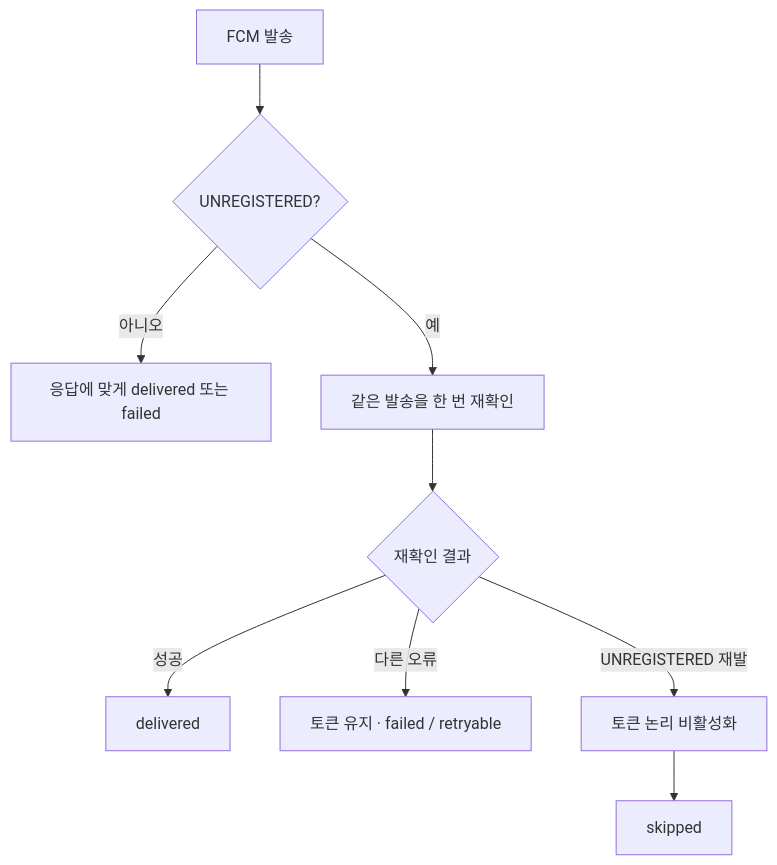
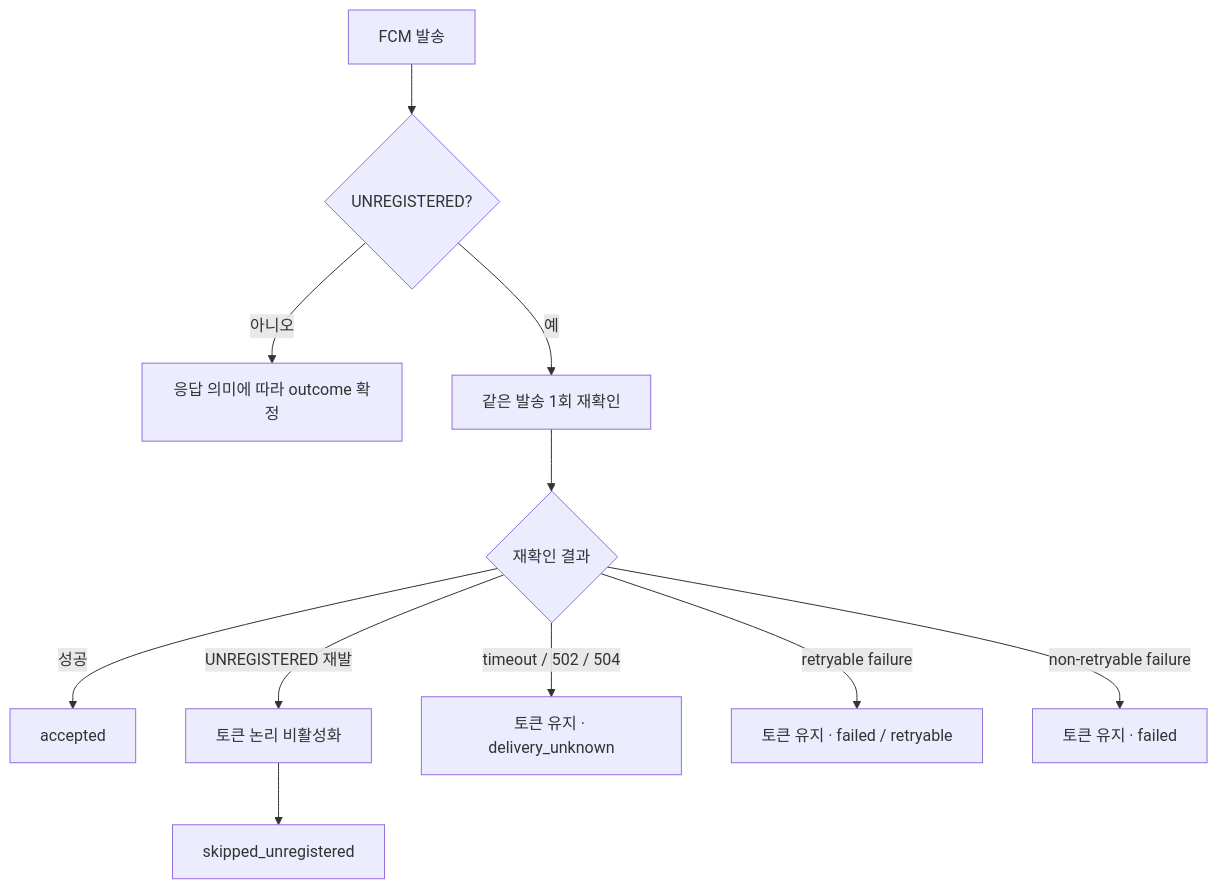
One commit to clsung7911/reliable-messaging-platform changed the diagram in docs/ko/05-failure-handling.md. Above: the diagram before and after it, drawn with Mermaid. The commit also changed other lines of this file and 38 other files, not shown here.

````diff
--- a/docs/ko/05-failure-handling.md
+++ b/docs/ko/05-failure-handling.md
@@ -19,11 +59,13 @@
 ```mermaid
 flowchart TD
     A[FCM 발송] --> B{UNREGISTERED?}
-    B -->|아니오| C[응답에 맞게 delivered 또는 failed]
-    B -->|예| D[같은 발송을 한 번 재확인]
+    B -->|아니오| C[응답 의미에 따라 outcome 확정]
+    B -->|예| D[같은 발송 1회 재확인]
     D --> E{재확인 결과}
-    E -->|성공| F[delivered]
-    E -->|다른 오류| G[토큰 유지 · failed / retryable]
-    E -->|UNREGISTERED 재발| H[토큰 논리 비활성화]
-    H --> I[skipped]
+    E -->|성공| F[accepted]
+    E -->|UNREGISTERED 재발| G[토큰 논리 비활성화]
+    G --> H[skipped_unregistered]
+    E -->|timeout / 502 / 504| I[토큰 유지 · delivery_unknown]
+    E -->|retryable failure| J[토큰 유지 · failed / retryable]
+    E -->|non-retryable failure| K[토큰 유지 · failed]
 ```
````
